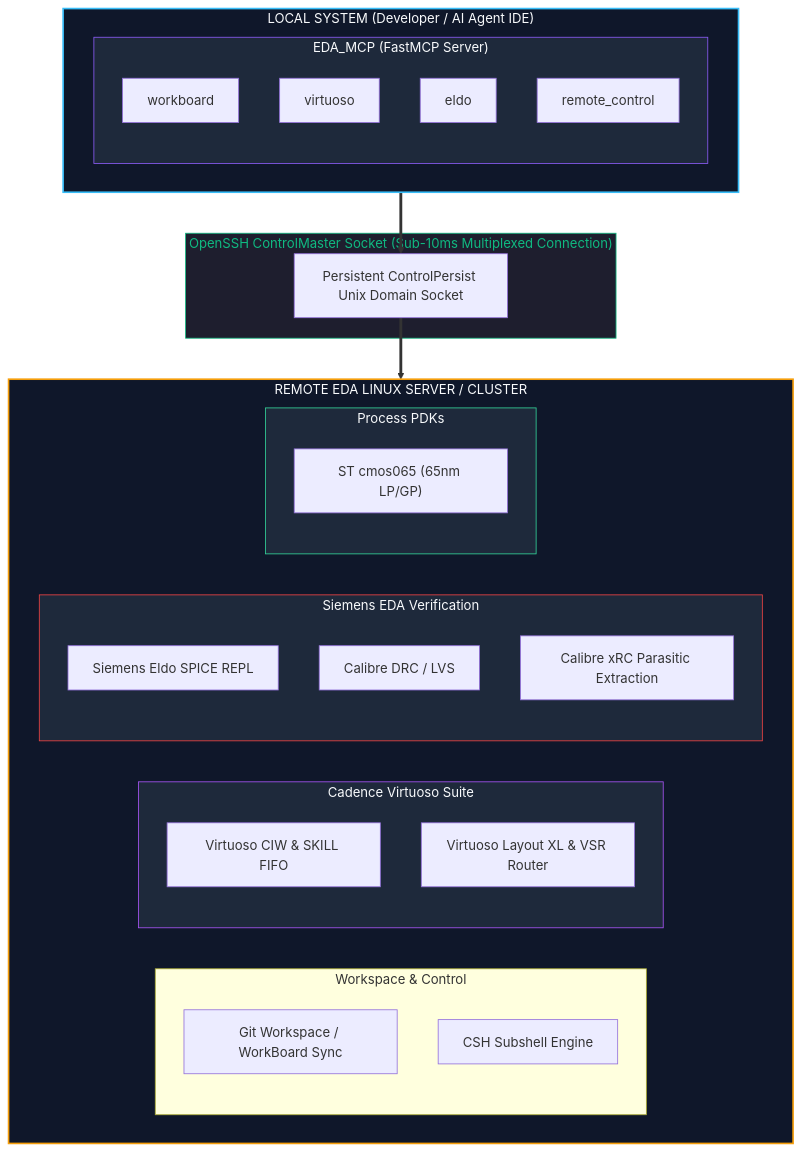
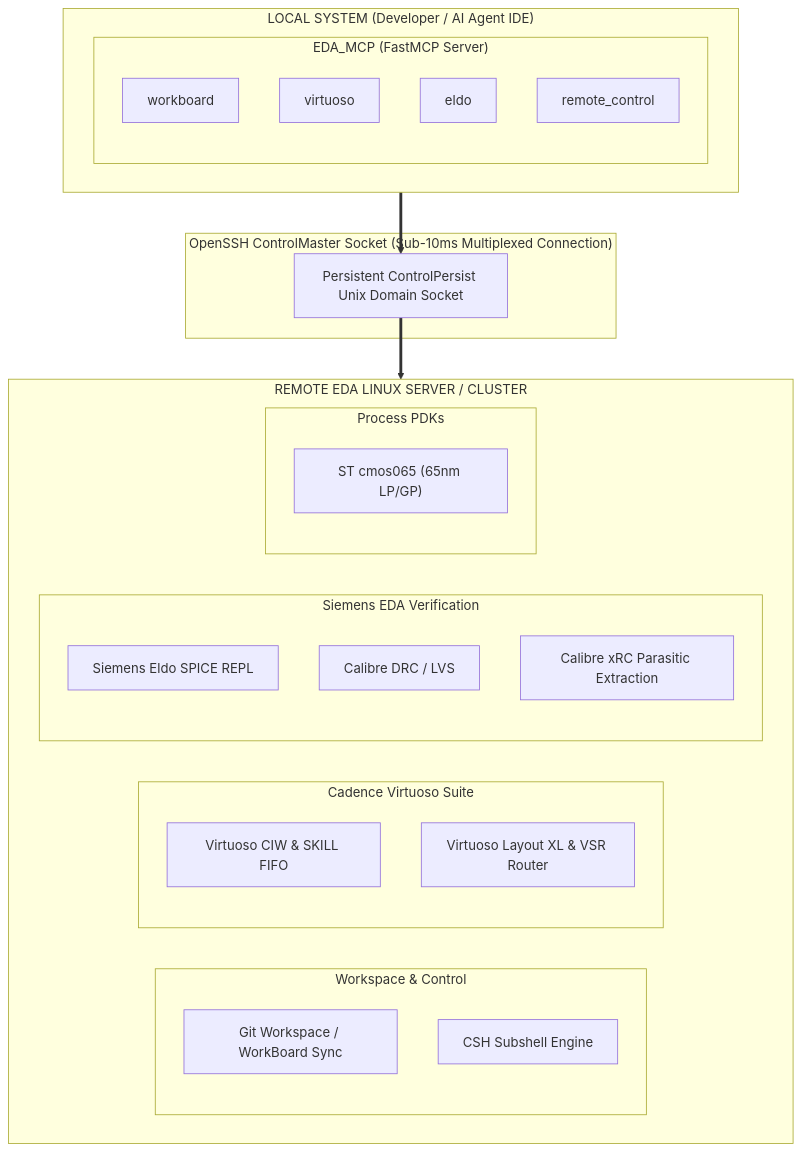
The second of 5 diagrams in README.md (SiliCAD/EDA_MCP), drawn with Mermaid before and after one commit. The commit also changed other lines of this file, not shown here.

````diff
--- a/README.md
+++ b/README.md
@@ -114,44 +107,36 @@
 ```mermaid
 graph TB
     subgraph LocalSystem["LOCAL SYSTEM (Developer / AI Agent IDE)"]
         subgraph FastMCP["EDA_MCP (FastMCP Server)"]
             WB["workboard"]
             VIR["virtuoso"]
             ELD["eldo"]
             RC["remote_control"]
         end
     end
 
     subgraph SSH["OpenSSH ControlMaster Socket (Sub-10ms Multiplexed Connection)"]
         Tunnel["Persistent ControlPersist Unix Domain Socket"]
     end
 
     subgraph RemoteCluster["REMOTE EDA LINUX SERVER / CLUSTER"]
         subgraph SyncTools["Workspace & Control"]
             GWS["Git Workspace / WorkBoard Sync"]
             CSH["CSH Subshell Engine"]
         end
         subgraph CadenceSuite["Cadence Virtuoso Suite"]
             V_CIW["Virtuoso CIW & SKILL FIFO"]
             V_VXL["Virtuoso Layout XL & VSR Router"]
         end
         subgraph SiemensSuite["Siemens EDA Verification"]
             E_SIM["Siemens Eldo SPICE REPL"]
             C_DRC["Calibre DRC / LVS"]
             C_PEX["Calibre xRC Parasitic Extraction"]
         end
         subgraph PDKs["Process PDKs"]
             PDK_65["ST cmos065 (65nm LP/GP)"]
         end
     end
 
     LocalSystem ==> Tunnel ==> RemoteCluster
-
-    style LocalSystem fill:#0f172a,stroke:#38bdf8,stroke-width:2px,color:#f8fafc
-    style FastMCP fill:#1e293b,stroke:#8b5cf6,stroke-width:1px,color:#f8fafc
-    style SSH fill:#1e1e2e,stroke:#10b981,stroke-width:1px,color:#10b981
-    style RemoteCluster fill:#0f172a,stroke:#f59e0b,stroke-width:2px,color:#f8fafc
-    style CadenceSuite fill:#1e293b,stroke:#a855f7,stroke-width:1px,color:#f8fafc
-    style SiemensSuite fill:#1e293b,stroke:#ef4444,stroke-width:1px,color:#f8fafc
-    style PDKs fill:#1e293b,stroke:#34d399,stroke-width:1px,color:#f8fafc
 ```
````
